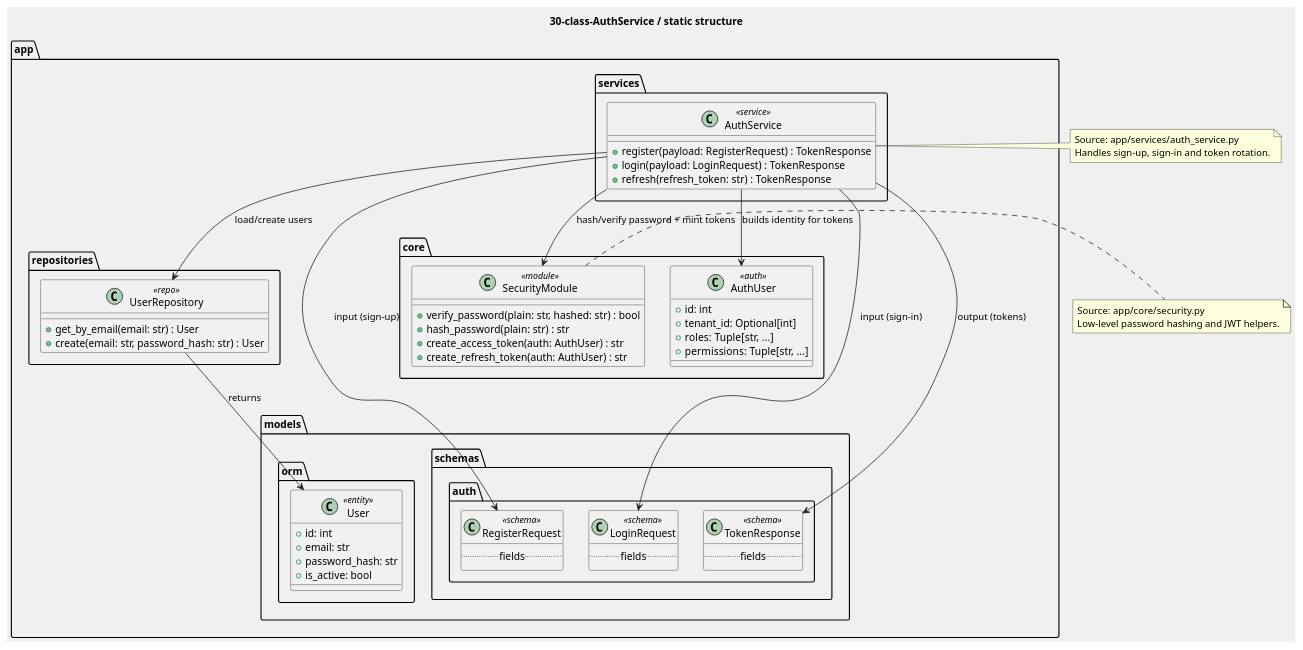
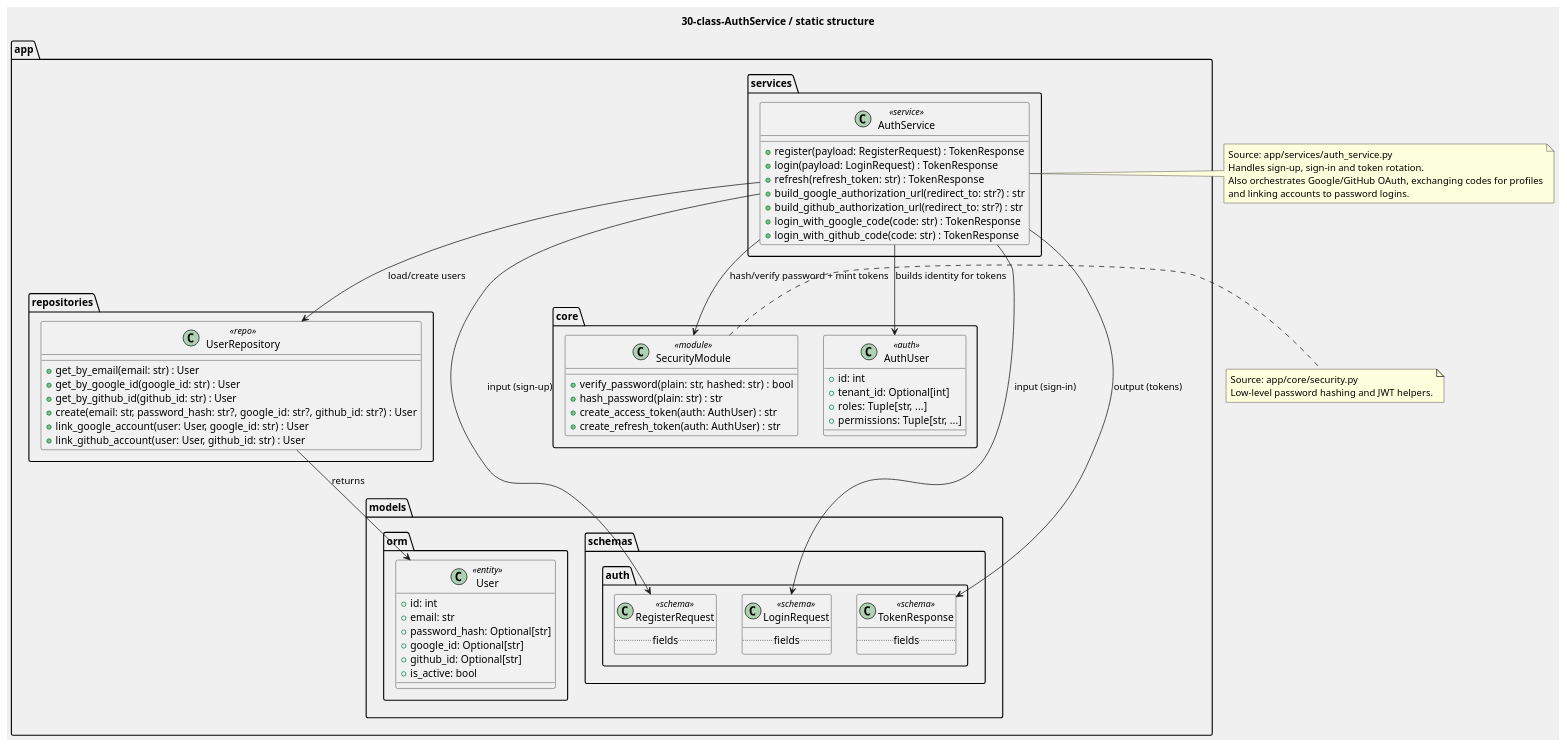
The diagram in architecture/30-class-AuthService.puml (lukasijus/mlv1sion), drawn with PlantUML before and after one commit. The commit also changed 15 other files, not shown here.

Commit message:
added and update auth UML with google/github oauth

```diff
--- a/architecture/30-class-AuthService.puml
+++ b/architecture/30-class-AuthService.puml
@@ -1,76 +1,88 @@
 @startuml
 title 30-class-AuthService / static structure
 skinparam BackgroundColor #f0f0f0
 
 package "app.services" {
   class AuthService <<service>> {
     + register(payload: RegisterRequest) : TokenResponse
     + login(payload: LoginRequest) : TokenResponse
     + refresh(refresh_token: str) : TokenResponse
+    + build_google_authorization_url(redirect_to: str?) : str
+    + build_github_authorization_url(redirect_to: str?) : str
+    + login_with_google_code(code: str) : TokenResponse
+    + login_with_github_code(code: str) : TokenResponse
   }
 }
 
 package "app.repositories" {
   class UserRepository <<repo>> {
     + get_by_email(email: str) : User
-    + create(email: str, password_hash: str) : User
+    + get_by_google_id(google_id: str) : User
+    + get_by_github_id(github_id: str) : User
+    + create(email: str, password_hash: str?, google_id: str?, github_id: str?) : User
+    + link_google_account(user: User, google_id: str) : User
+    + link_github_account(user: User, github_id: str) : User
   }
 }
 
 package "app.models.orm" {
   class User <<entity>> {
     + id: int
     + email: str
-    + password_hash: str
+    + password_hash: Optional[str]
+    + google_id: Optional[str]
+    + github_id: Optional[str]
     + is_active: bool
   }
 }
 
 package "app.models.schemas.auth" {
   class RegisterRequest <<schema>> {
     ..fields..
   }
   class LoginRequest <<schema>> {
     ..fields..
   }
   class TokenResponse <<schema>> {
     ..fields..
   }
 }
 
 package "app.core" {
   class AuthUser <<auth>> {
     + id: int
     + tenant_id: Optional[int]
     + roles: Tuple[str, ...]
     + permissions: Tuple[str, ...]
   }
 
   class SecurityModule <<module>> {
     + verify_password(plain: str, hashed: str) : bool
     + hash_password(plain: str) : str
     + create_access_token(auth: AuthUser) : str
     + create_refresh_token(auth: AuthUser) : str
   }
 }
 
 ' Relationships
 AuthService --> UserRepository : load/create users
 UserRepository --> User        : returns
 AuthService --> RegisterRequest : input (sign-up)
 AuthService --> LoginRequest    : input (sign-in)
 AuthService --> TokenResponse   : output (tokens)
 AuthService --> AuthUser        : builds identity for tokens
 AuthService --> SecurityModule  : "hash/verify password + mint tokens"
 
 note right of AuthService
 Source: app/services/auth_service.py
 Handles sign-up, sign-in and token rotation.
+Also orchestrates Google/GitHub OAuth, exchanging codes for profiles
+and linking accounts to password logins.
 end note
 
 note right of SecurityModule
 Source: app/core/security.py
 Low-level password hashing and JWT helpers.
 end note
 
 @enduml
```
